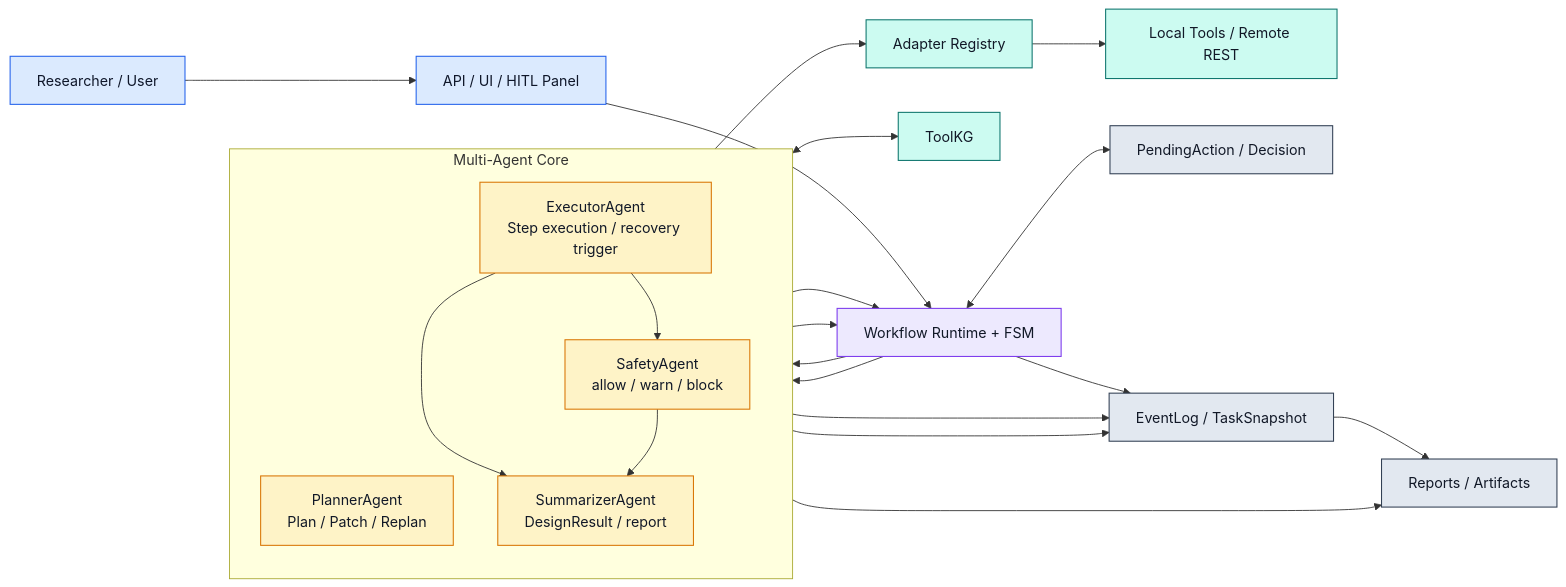
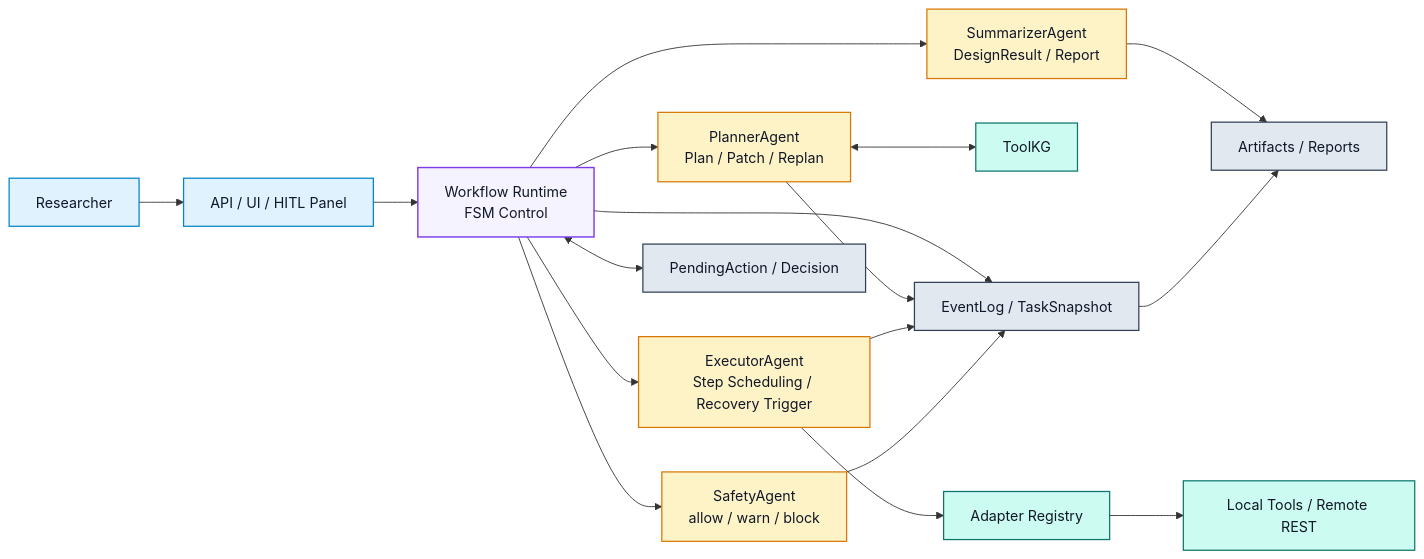
Before and after one commit to Yuri-Kon/thesis-project: the diagram in paper/figures/multi-agent-core.mmd, drawn with Mermaid. The commit also changed 12 other files, not shown here.

Commit message:
feat(tex): 修改第二章的叙述，去除核心算法与亮点。修改图示

```diff
--- a/paper/figures/multi-agent-core.mmd
+++ b/paper/figures/multi-agent-core.mmd
@@ -1,45 +1,39 @@
 flowchart LR
 
-classDef actor fill:#DBEAFE,stroke:#2563EB,color:#0F172A,stroke-width:1.2px;
-classDef agent fill:#FEF3C7,stroke:#D97706,color:#111827,stroke-width:1.2px;
-classDef control fill:#EDE9FE,stroke:#7C3AED,color:#111827,stroke-width:1.2px;
-classDef tool fill:#CCFBF1,stroke:#0F766E,color:#111827,stroke-width:1.2px;
-classDef store fill:#E2E8F0,stroke:#334155,color:#111827,stroke-width:1.2px;
+classDef actor fill:#E0F2FE,stroke:#0284C7,color:#0F172A,stroke-width:1.4px;
+classDef core fill:#F5F3FF,stroke:#7C3AED,color:#111827,stroke-width:1.6px;
+classDef agent fill:#FEF3C7,stroke:#D97706,color:#111827,stroke-width:1.4px;
+classDef tool fill:#CCFBF1,stroke:#0F766E,color:#111827,stroke-width:1.4px;
+classDef store fill:#E2E8F0,stroke:#334155,color:#0F172A,stroke-width:1.4px;
 
-U[Researcher / User]:::actor
-H[API / UI / HITL Panel]:::actor
-FSM[Workflow Runtime + FSM]:::control
+U[Researcher]:::actor
+UI[API / UI / HITL Panel]:::actor
+WF[Workflow Runtime<br/>FSM Control]:::core
 
-subgraph A[Multi-Agent Core]
-direction TB
 P[PlannerAgent<br/>Plan / Patch / Replan]:::agent
-E[ExecutorAgent<br/>Step execution / recovery trigger]:::agent
+E[ExecutorAgent<br/>Step Scheduling / Recovery Trigger]:::agent
 S[SafetyAgent<br/>allow / warn / block]:::agent
-M[SummarizerAgent<br/>DesignResult / report]:::agent
-end
+M[SummarizerAgent<br/>DesignResult / Report]:::agent
 
 KG[ToolKG]:::tool
 AD[Adapter Registry]:::tool
 TL[Local Tools / Remote REST]:::tool
+
 PA[PendingAction / Decision]:::store
-OBS[EventLog / TaskSnapshot]:::store
-OUT[Reports / Artifacts]:::store
+EV[EventLog / TaskSnapshot]:::store
+OUT[Artifacts / Reports]:::store
 
-U --> H
-H --> FSM
-FSM --> P
+U --> UI --> WF
+WF --> P
+WF --> E
+WF --> S
+WF --> M
 P <--> KG
-P --> FSM
-FSM --> E
-E --> AD
-AD --> TL
-E --> S
-S --> FSM
-E --> M
-S --> M
-FSM <--> PA
-FSM --> OBS
-P --> OBS
-E --> OBS
+E --> AD --> TL
+WF <--> PA
+WF --> EV
+P --> EV
+E --> EV
+S --> EV
 M --> OUT
-OBS --> OUT
+EV --> OUT
```
